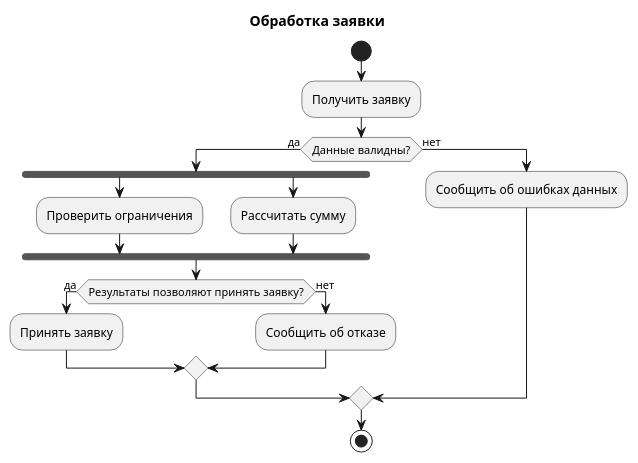
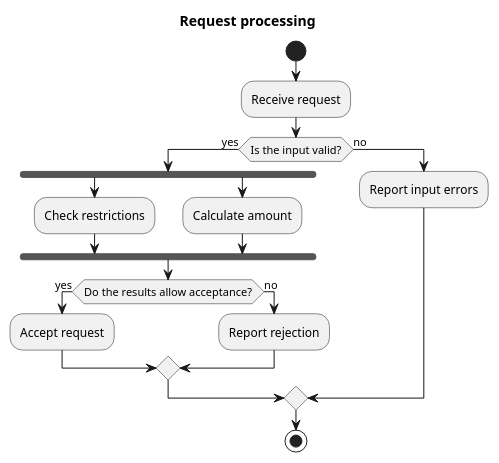
One commit to BrikozO/MyOwnHarness changed the second of 4 diagrams in skills/draw-diagrams/references/examples.md. Above: the diagram before and after it, drawn with PlantUML. The commit also changed other lines of this file and 4 other files, not shown here.

First line of the commit message:
Translate diagram skill and references into English

````diff
--- a/skills/draw-diagrams/references/examples.md
+++ b/skills/draw-diagrams/references/examples.md
@@ -30,22 +30,22 @@
 ```plantuml
 @startuml
-title Обработка заявки
+title Request processing
 start
-:Получить заявку;
-if (Данные валидны?) then (да)
+:Receive request;
+if (Is the input valid?) then (yes)
   fork
-    :Проверить ограничения;
+    :Check restrictions;
   fork again
-    :Рассчитать сумму;
+    :Calculate amount;
   end fork
-  if (Результаты позволяют принять заявку?) then (да)
-    :Принять заявку;
-  else (нет)
-    :Сообщить об отказе;
+  if (Do the results allow acceptance?) then (yes)
+    :Accept request;
+  else (no)
+    :Report rejection;
   endif
-else (нет)
-  :Сообщить об ошибках данных;
+else (no)
+  :Report input errors;
 endif
 stop
 @enduml
 ```
````
